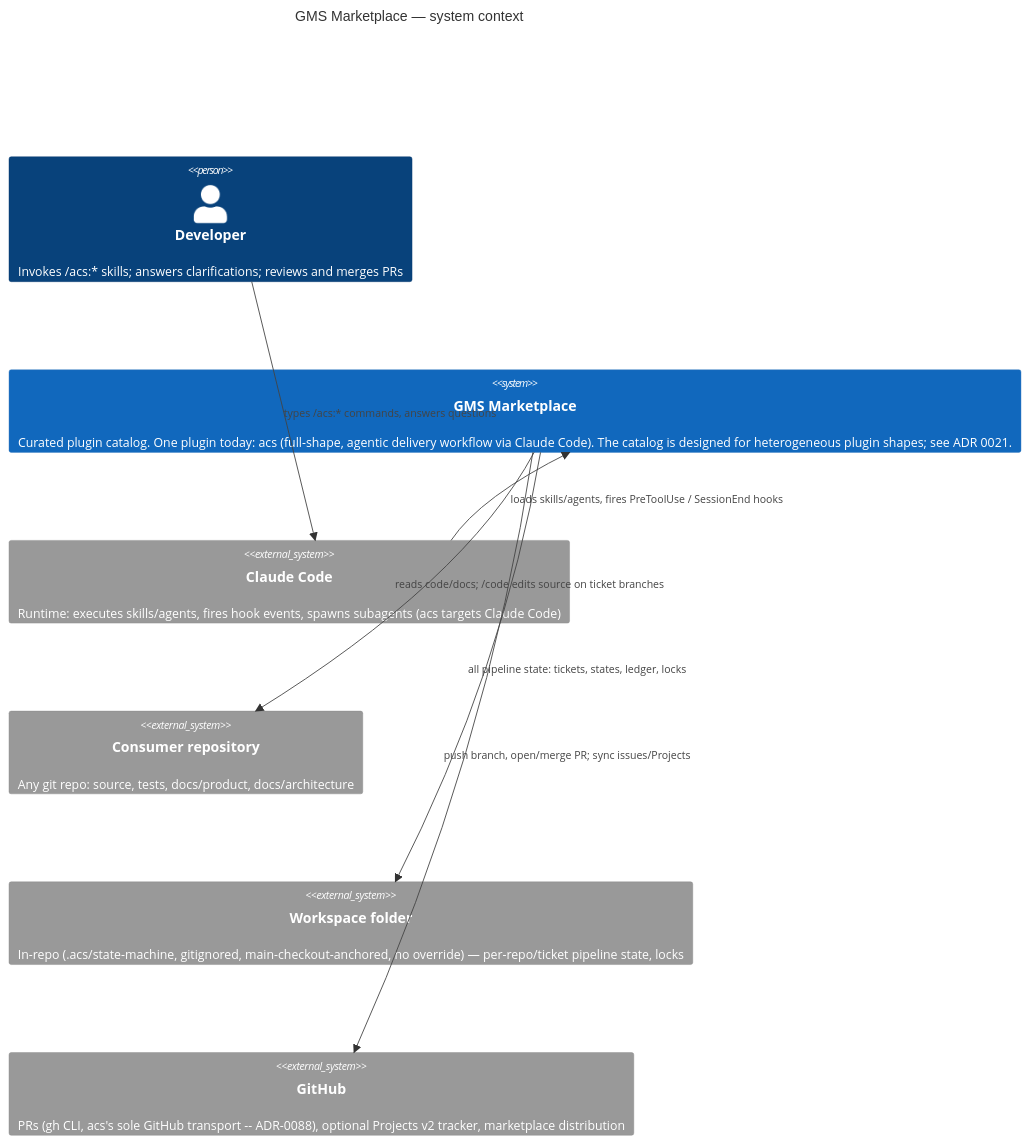
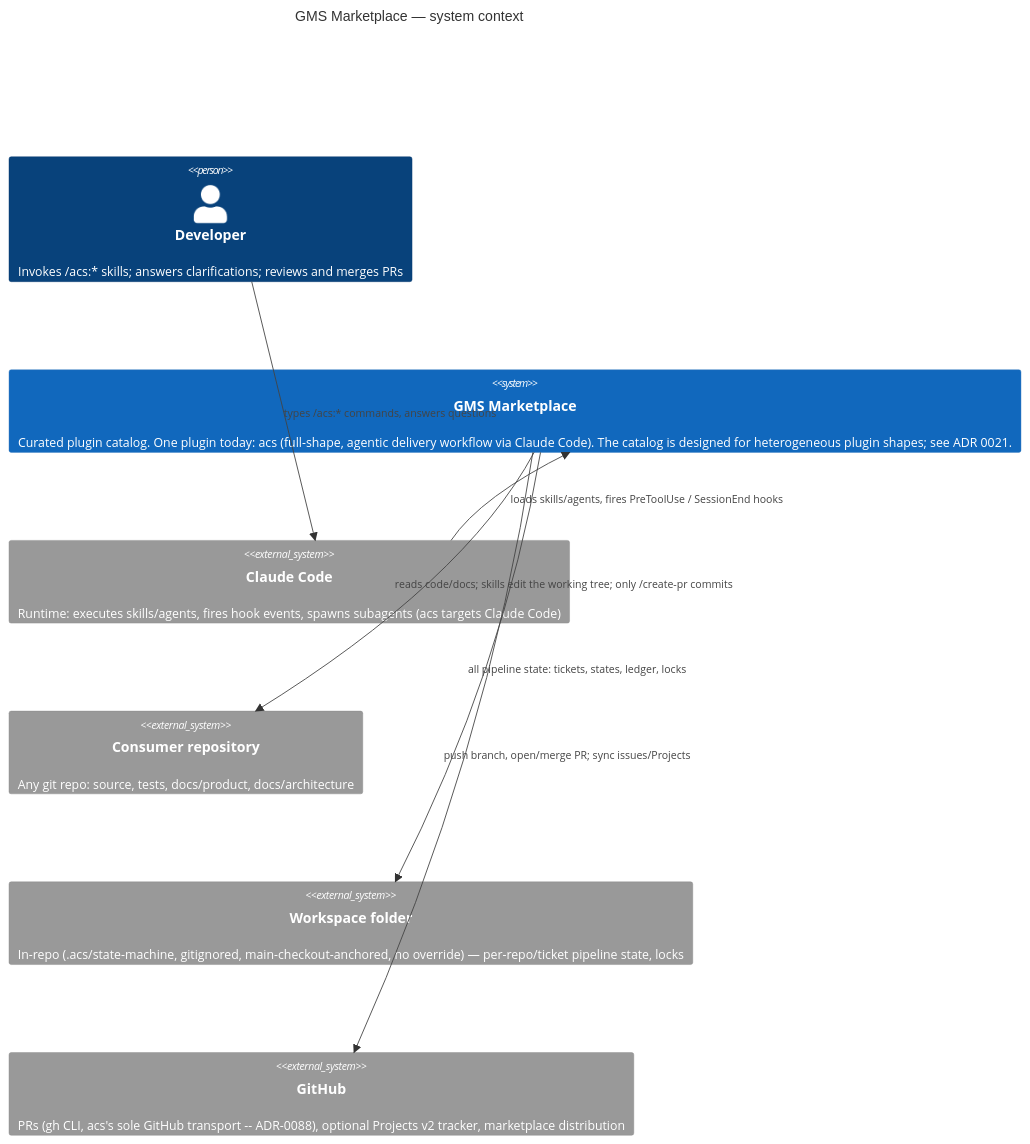
The diagram in docs/architecture/hld/c4-context.md (globalmindsolution/gms-marketplace), drawn with Mermaid before and after one commit. The commit also changed 18 other files, not shown here.

First line of the commit message:
WIP: only /acs:create-pr branches and commits (in progress, cont.)

````diff
--- a/docs/architecture/hld/c4-context.md
+++ b/docs/architecture/hld/c4-context.md
@@ -3,19 +3,19 @@
 ```mermaid
 C4Context
     title GMS Marketplace — system context
 
     Person(dev, "Developer", "Invokes /acs:* skills; answers clarifications; reviews and merges PRs")
 
     System(mkt, "GMS Marketplace", "Curated plugin catalog. One plugin today: acs (full-shape, agentic delivery workflow via Claude Code). The catalog is designed for heterogeneous plugin shapes; see ADR 0021.")
 
     System_Ext(cc, "Claude Code", "Runtime: executes skills/agents, fires hook events, spawns subagents (acs targets Claude Code)")
     System_Ext(repo, "Consumer repository", "Any git repo: source, tests, docs/product, docs/architecture")
     System_Ext(ws, "Workspace folder", "In-repo (.acs/state-machine, gitignored, main-checkout-anchored, no override) — per-repo/ticket pipeline state, locks")
     System_Ext(gh, "GitHub", "PRs (gh CLI, acs's sole GitHub transport -- ADR-0088), optional Projects v2 tracker, marketplace distribution")
 
     Rel(dev, cc, "types /acs:* commands, answers questions")
     Rel(cc, mkt, "loads skills/agents, fires PreToolUse / SessionEnd hooks")
-    Rel(mkt, repo, "reads code/docs; /code edits source on ticket branches")
+    Rel(mkt, repo, "reads code/docs; skills edit the working tree; only /create-pr commits")
     Rel(mkt, ws, "all pipeline state: tickets, states, ledger, locks")
     Rel(mkt, gh, "push branch, open/merge PR; sync issues/Projects")
 ```
````
